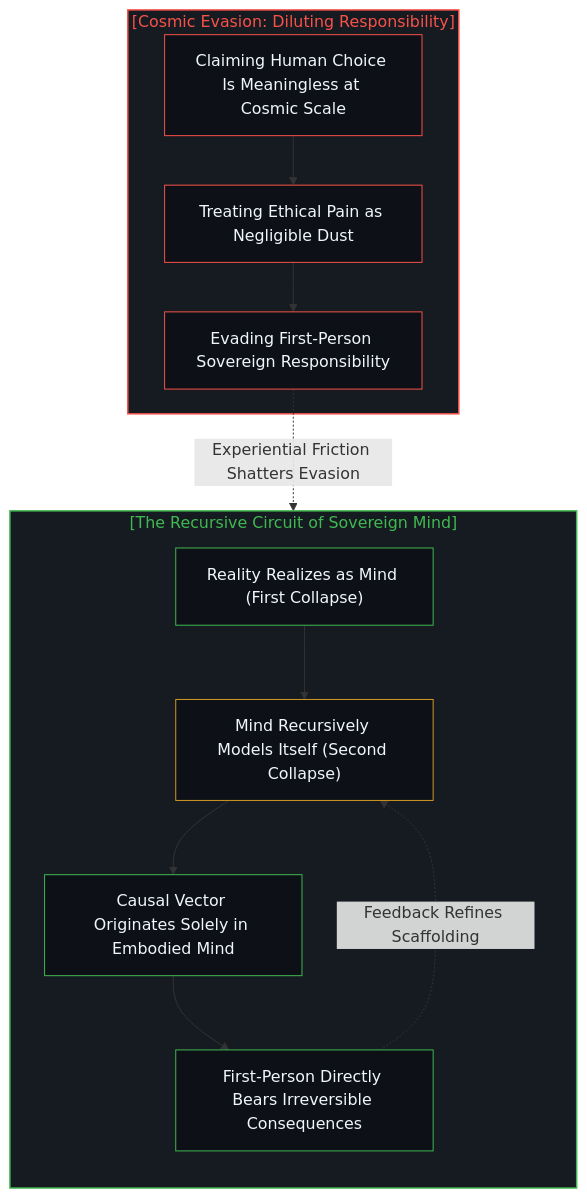
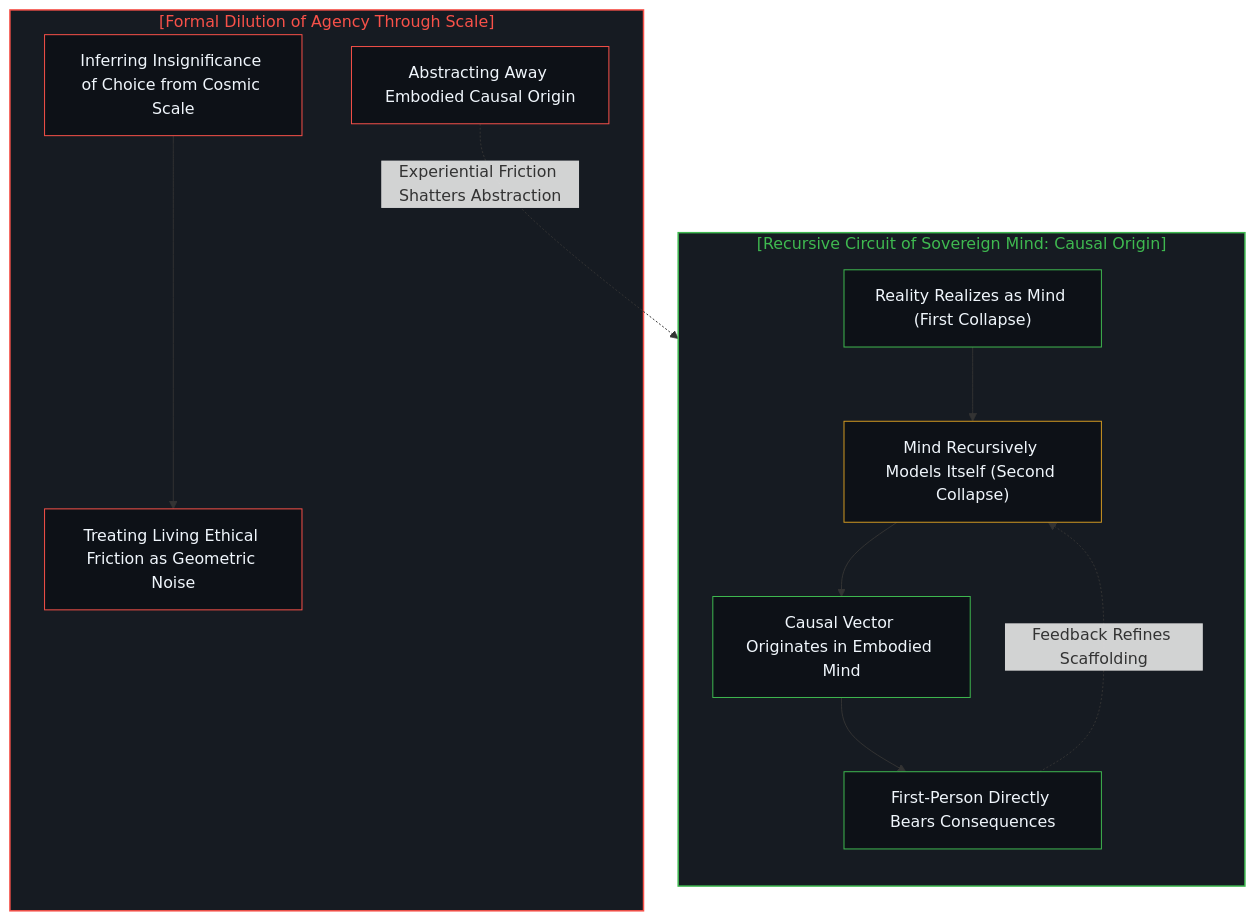
Before and after one commit to powerpig99/not-a-toe: the eighth of 8 diagrams in content/posts/one-cannot-escape-ones-own-mind.md, drawn with Mermaid. The commit also changed other lines of this file and 2 other files, not shown here.

````diff
--- a/content/posts/one-cannot-escape-ones-own-mind.md
+++ b/content/posts/one-cannot-escape-ones-own-mind.md
@@ -279,27 +282,28 @@
 ```mermaid
 flowchart TD
-    subgraph S_RecursiveReality_EN ["[The Recursive Circuit of Sovereign Mind]"]
+    subgraph S_RecursiveReality_EN ["[Recursive Circuit of Sovereign Mind: Causal Origin]"]
         direction TB
         RLE1["Reality Realizes as Mind (First Collapse)"] --> RLE2["Mind Recursively Models Itself (Second Collapse)"]
-        RLE2 --> RLE3["Causal Vector Originates Solely in Embodied Mind"]
-        RLE3 --> RLE4["First-Person Directly Bears Irreversible Consequences"]
+        RLE2 --> RLE3["Causal Vector Originates in Embodied Mind"]
+        RLE4["First-Person Directly Bears Consequences"]
+        RLE3 --> RLE4
         RLE4 -.->|"Feedback Refines Scaffolding"| RLE2
     end
 
-    subgraph S_NihilisticEvasion_EN ["[Cosmic Evasion: Diluting Responsibility]"]
-        NEE1["Claiming Human Choice Is Meaningless at Cosmic Scale"] --> NEE2["Treating Ethical Pain as Negligible Dust"]
-        NEE2 --> NEE3["Evading First-Person Sovereign Responsibility"]
+    subgraph S_ScaleDilution_EN ["[Formal Dilution of Agency Through Scale]"]
+        NEE1["Inferring Insignificance of Choice from Cosmic Scale"] --> NEE2["Treating Living Ethical Friction as Geometric Noise"]
+        NEE3["Abstracting Away Embodied Causal Origin"]
     end
 
-    NEE3 -.->|"Experiential Friction Shatters Evasion"| RLE4
+    NEE3 -.->|"Experiential Friction Shatters Abstraction"| RLE4
 
     style S_RecursiveReality_EN fill:#161b22,stroke:#3fb950,stroke-width:1.5px,color:#3fb950
-    style S_NihilisticEvasion_EN fill:#161b22,stroke:#f85149,stroke-width:1.5px,color:#f85149
+    style S_ScaleDilution_EN fill:#161b22,stroke:#f85149,stroke-width:1.5px,color:#f85149
     style RLE1 fill:#0d1117,stroke:#3fb950,stroke-width:1px,color:#f0f6fc
     style RLE2 fill:#0d1117,stroke:#d29922,stroke-width:1px,color:#f0f6fc
     style RLE3 fill:#0d1117,stroke:#3fb950,stroke-width:1px,color:#f0f6fc
     style RLE4 fill:#0d1117,stroke:#3fb950,stroke-width:1px,color:#f0f6fc
     style NEE1 fill:#0d1117,stroke:#f85149,stroke-width:1px,color:#f0f6fc
     style NEE2 fill:#0d1117,stroke:#f85149,stroke-width:1px,color:#f0f6fc
     style NEE3 fill:#0d1117,stroke:#f85149,stroke-width:1px,color:#f0f6fc
 ```
````
